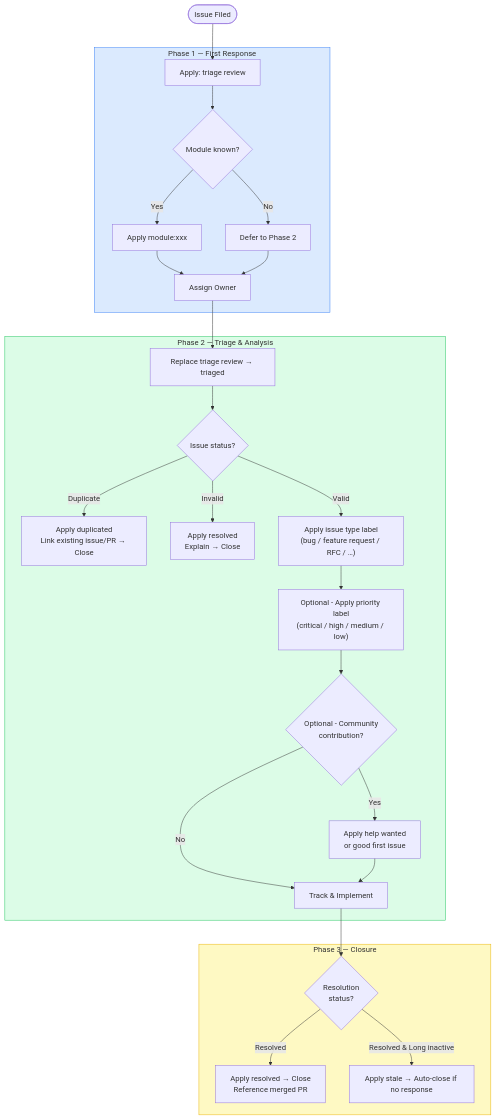
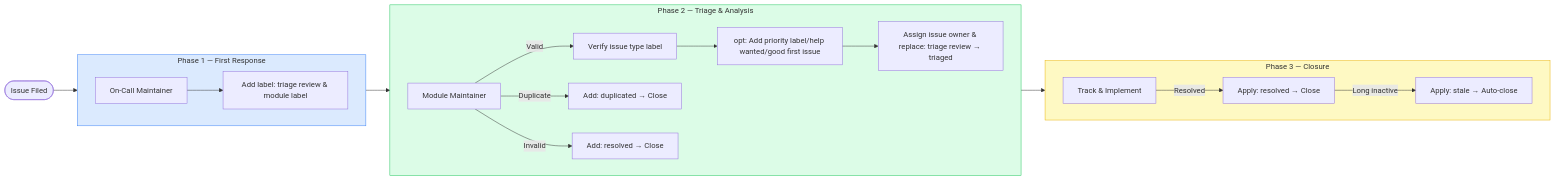
The diagram in docs/source/community/issue-workflow-guidelines.md (vllm-project/vllm-ascend), drawn with Mermaid before and after one commit. The commit also changed other lines of this file, not shown here.

````diff
--- a/docs/source/community/issue-workflow-guidelines.md
+++ b/docs/source/community/issue-workflow-guidelines.md
@@ -72,40 +53,32 @@
 ```mermaid
-flowchart TD
+flowchart LR
     A([Issue Filed]) --> B
 
     subgraph P1["Phase 1 — First Response"]
-        B[Apply: triage review]
-        B --> B2{Module known?}
-        B2 -- Yes --> B3[Apply module:xxx]
-        B2 -- No --> B4[Defer to Phase 2]
-        B3 --> B5[Assign Owner]
-        B4 --> B5
+        direction LR
+        B[On-Call Maintainer] --> B1[Add label: triage review & module label]
     end
 
-    B5 --> C
+    B1 --> C
 
     subgraph P2["Phase 2 — Triage & Analysis"]
-        C[Replace triage review → triaged]
-        C --> C2{Issue status?}
-        C2 -- Duplicate --> C3["Apply duplicated\nLink existing issue/PR → Close"]
-        C2 -- Invalid --> C4["Apply resolved\nExplain → Close"]
-        C2 -- Valid --> C6["Apply issue type label\n(bug / feature request / RFC / …)"]
-        C6 --> C7["Optional - Apply priority label\n(critical / high / medium / low)"]
-        C7 --> C8{Optional - Community\ncontribution?}
-        C8 -- Yes --> C9["Apply help wanted\nor good first issue"]
-        C8 -- No --> C10[Track & Implement]
-        C9 --> C10
+        direction LR
+        C[Module Maintainer]
+        C -- Valid --> C2[Verify issue type label]
+        C -- Duplicate --> C3[Add: duplicated → Close]
+        C -- Invalid --> C4[Add: resolved → Close]
+        C2 --> C5[opt: Add priority label/help wanted/good first issue]
+        C5 --> C6[Assign issue owner & replace: triage review → triaged]
     end
 
-    C10 --> D
+    C6 --> D
 
     subgraph P3["Phase 3 — Closure"]
-        D{Resolution\nstatus?}
-        D -- Resolved --> D2["Apply resolved → Close\nReference merged PR"]
-        D -- Resolved & Long inactive --> D3["Apply stale → Auto-close if no response"]
+        direction LR
+        D[Track & Implement] -- Resolved --> D2[Apply: resolved → Close] -- Long inactive --> D3[Apply: stale → Auto-close]
     end
 
     style P1 fill:#dbeafe,stroke:#3b82f6
     style P2 fill:#dcfce7,stroke:#22c55e
     style P3 fill:#fef9c3,stroke:#eab308
 ```
````
